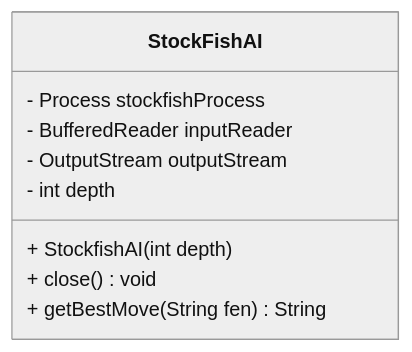
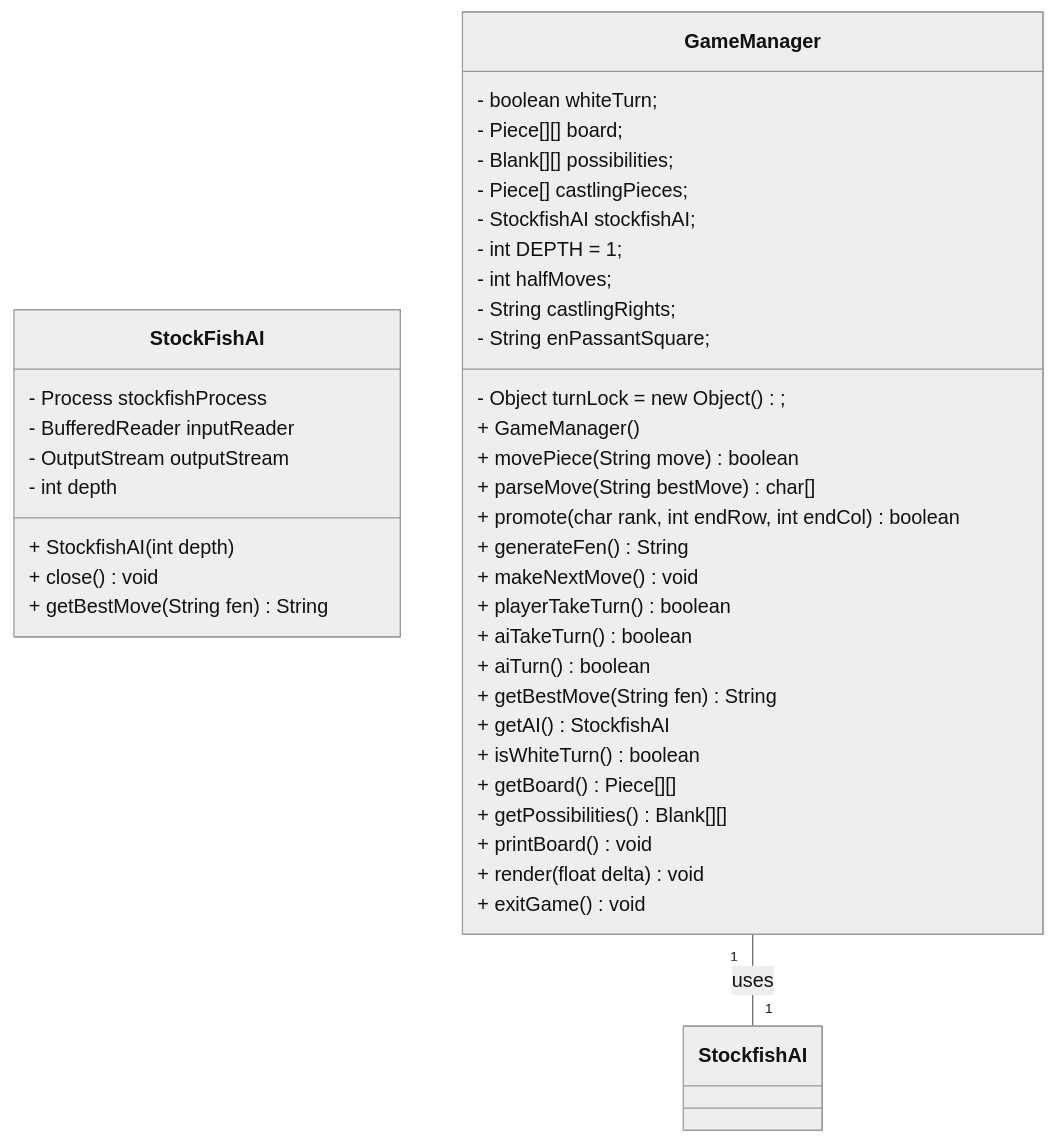
One commit to cis3296f24/gameroomgdx changed the diagram in ClassDiagram.md. Above: the diagram before and after it, drawn with Mermaid (neutral theme).

Commit message:
game manager

````diff
--- a/ClassDiagram.md
+++ b/ClassDiagram.md
@@ -3,14 +3,45 @@
 ```mermaid 
 classDiagram
     class StockFishAI{
         - Process stockfishProcess
         - BufferedReader inputReader
         - OutputStream outputStream
         - int depth
         + StockfishAI(int depth)
         + close() void
         + getBestMove(String fen) String
     }
+      class GameManager{
+       - Object turnLock = new Object();
+       - boolean whiteTurn;
+       - Piece[][] board;
+       - Blank[][] possibilities;
+       -  Piece[] castlingPieces;
+       - StockfishAI stockfishAI;
+       - int DEPTH = 1;
+       - int halfMoves;
+       - String castlingRights;
+       - String enPassantSquare;
+       + GameManager()
+       + movePiece(String move) boolean
+       + parseMove(String bestMove) char[]
+       + promote(char rank, int endRow, int endCol) boolean
+       + generateFen() String
+       + makeNextMove() void
+       + playerTakeTurn() boolean
+       + aiTakeTurn() boolean
+       + aiTurn() boolean
+       + getBestMove(String fen) String
+       + getAI() StockfishAI
+       + isWhiteTurn() boolean
+       + getBoard() Piece[][]
+       + getPossibilities() Blank[][]
+       + printBoard() void
+       + render(float delta) void
+       + exitGame() void
+   
+   }
+   GameManager "1" -- "1" StockfishAI : uses
 
 
 ```
````
